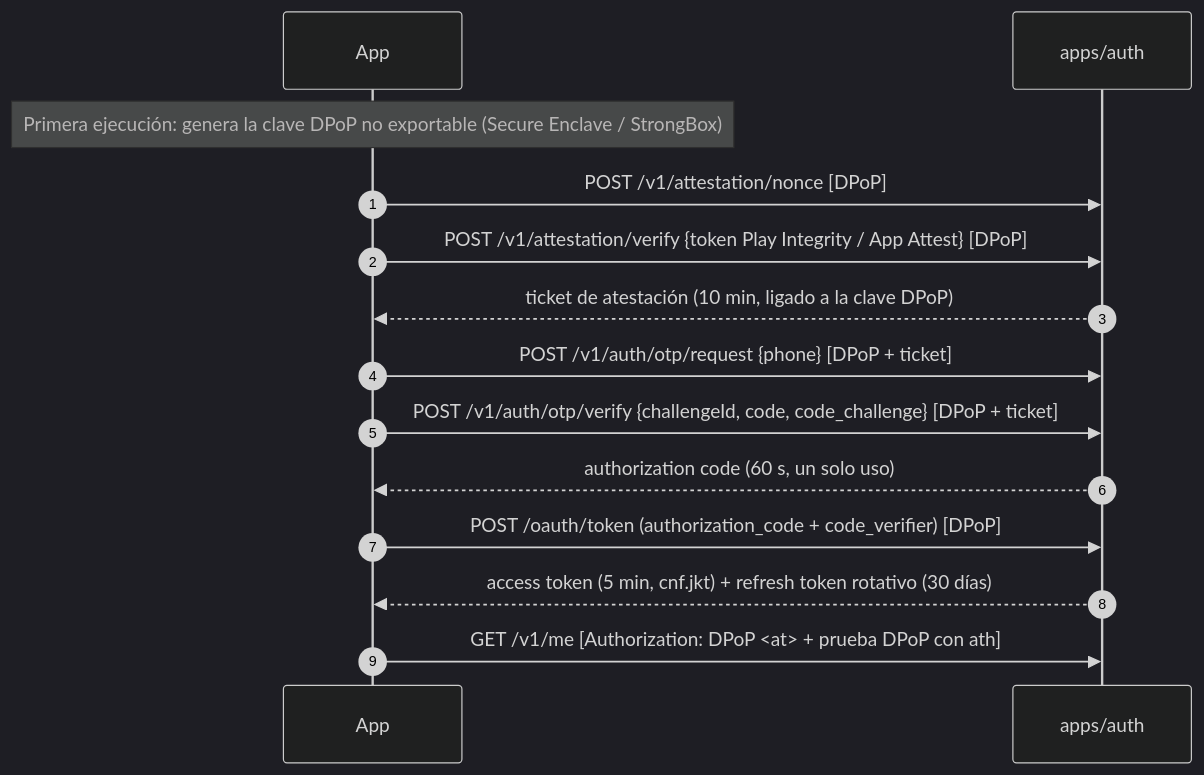
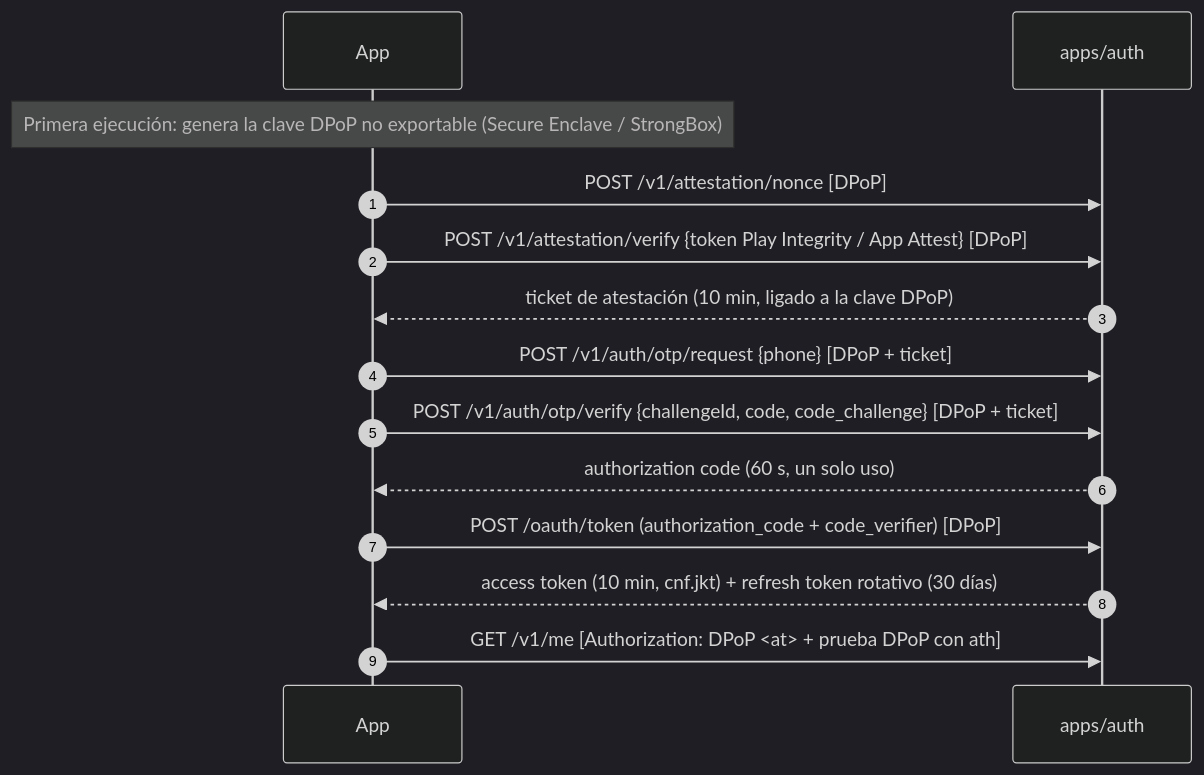
Before and after one commit to napoleonrusso8-ship-it/Inti-TaxiEC: the diagram in docs/modules/01-autenticacion.md, drawn with Mermaid (dark theme). The commit also changed other lines of this file and 42 other files, not shown here.

First line of the commit message:
feat(auth): token de 10 min, niveles acr (mfa/phr), step-up por correo + dispositivo, Infobip/SES, devbox

````diff
--- a/docs/modules/01-autenticacion.md
+++ b/docs/modules/01-autenticacion.md
@@ -21,16 +21,16 @@
 ```mermaid
 sequenceDiagram
   autonumber
   participant App
   participant Auth as apps/auth
   Note over App: Primera ejecución: genera la clave DPoP no exportable (Secure Enclave / StrongBox)
   App->>Auth: POST /v1/attestation/nonce  [DPoP]
   App->>Auth: POST /v1/attestation/verify {token Play Integrity / App Attest}  [DPoP]
   Auth-->>App: ticket de atestación (10 min, ligado a la clave DPoP)
   App->>Auth: POST /v1/auth/otp/request {phone}  [DPoP + ticket]
   App->>Auth: POST /v1/auth/otp/verify {challengeId, code, code_challenge}  [DPoP + ticket]
   Auth-->>App: authorization code (60 s, un solo uso)
   App->>Auth: POST /oauth/token (authorization_code + code_verifier)  [DPoP]
-  Auth-->>App: access token (5 min, cnf.jkt) + refresh token rotativo (30 días)
+  Auth-->>App: access token (10 min, cnf.jkt) + refresh token rotativo (30 días)
   App->>Auth: GET /v1/me  [Authorization: DPoP <at> + prueba DPoP con ath]
 ```
````
